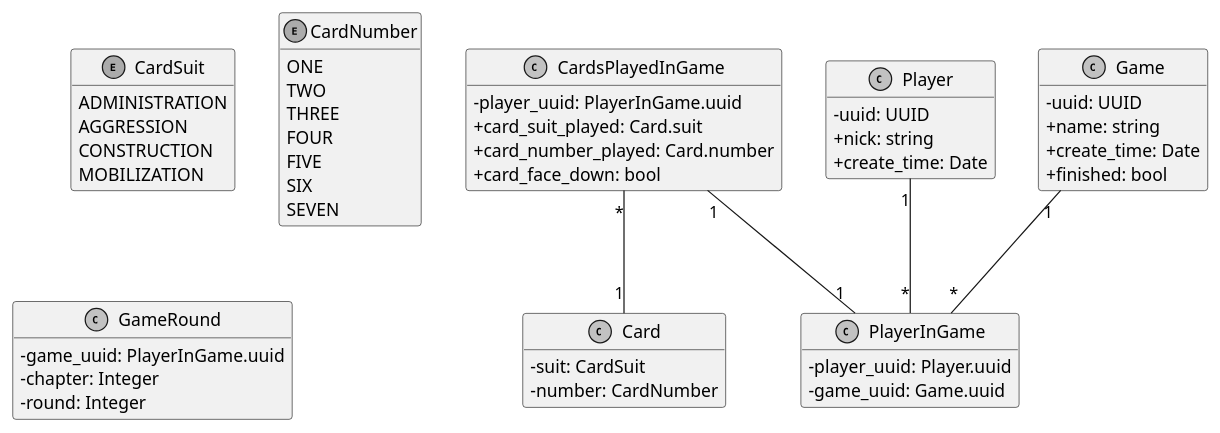
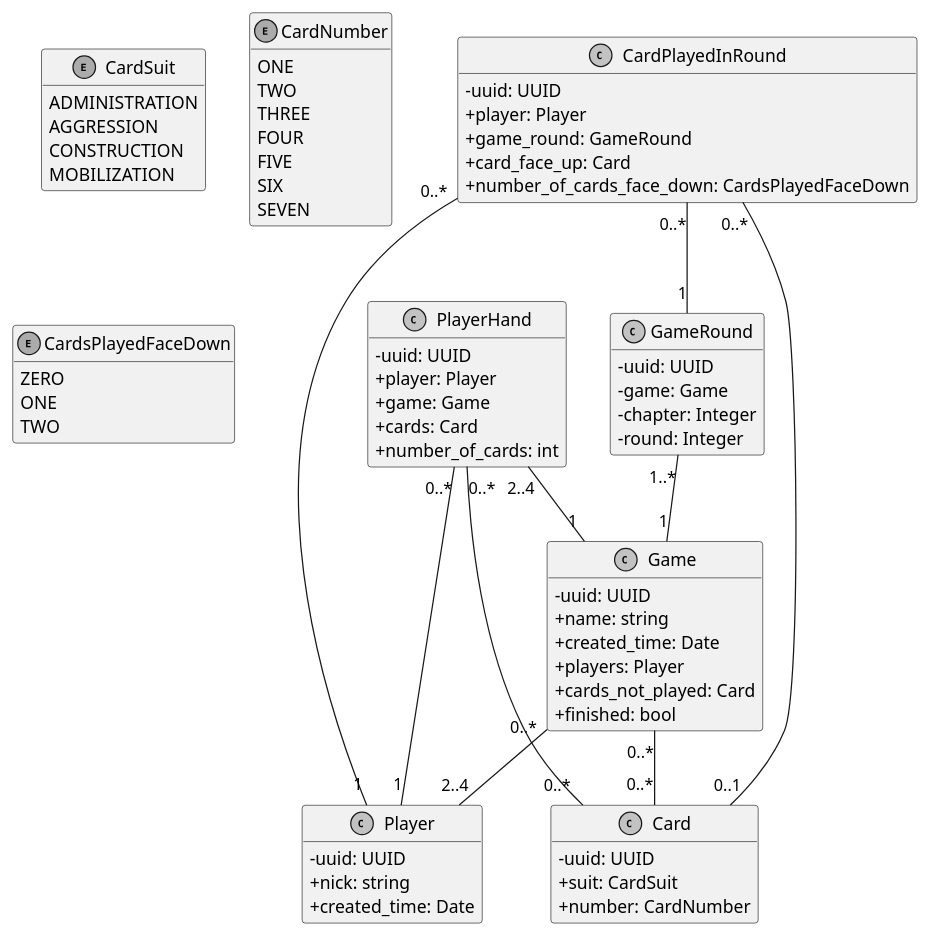
The diagram in docs/database_class_diagram.rst (dandon223/ArcTracker), drawn with PlantUML before and after one commit. The commit also changed 1 other file, not shown here.

Commit message:
class diagram update

```diff
--- a/docs/database_class_diagram.rst
+++ b/docs/database_class_diagram.rst
@@ -29,45 +29,67 @@
         SEVEN
       }
 
+      enum CardsPlayedFaceDown {
+        ZERO
+        ONE
+        TWO
+      }
+
       class Card {
-        - suit: CardSuit
-        - number: CardNumber
+        - uuid: UUID
+        + suit: CardSuit
+        + number: CardNumber
       }
 
       class Player {
         - uuid: UUID
         + nick: string
-        + create_time: Date
+        + created_time: Date
       }
 
       class Game {
         - uuid: UUID
         + name: string
-        + create_time: Date
+        + created_time: Date
+        + players: Player
+        + cards_not_played: Card
         + finished: bool
       }
 
-      class PlayerInGame {
-        - player_uuid: Player.uuid
-        - game_uuid: Game.uuid
-      }
-
-      Player "1" -- "*" PlayerInGame
-      Game "1" -- "*" PlayerInGame
+      Game "0..*" -- "2..4" Player
+      Game "0..*" -- "0..*" Card
 
       class GameRound {
-        - game_uuid: PlayerInGame.uuid
+        - uuid: UUID
+        - game: Game
         - chapter: Integer
         - round: Integer
       }
 
-      class CardsPlayedInGame {
-        - player_uuid: PlayerInGame.uuid
-        + card_suit_played: Card.suit
-        + card_number_played: Card.number
-        + card_face_down: bool
+      GameRound "1..*" -- "1" Game
+
+      class PlayerHand {
+        - uuid: UUID
+        + player: Player
+        + game: Game
+        + cards: Card
+        + number_of_cards: int
       }
 
-      CardsPlayedInGame "*" -- "1" Card
-      CardsPlayedInGame "1" -- "1" PlayerInGame
+      PlayerHand "0..*" -- "1" Player
+      PlayerHand "2..4" -- "1" Game
+      PlayerHand "0..*" -- "0..*" Card
+
+      class CardPlayedInRound {
+        - uuid: UUID
+        + player: Player
+        + game_round: GameRound
+        + card_face_up: Card
+        + number_of_cards_face_down: CardsPlayedFaceDown
+      }
+
+      CardPlayedInRound "0..*" -- "1" Player
+      CardPlayedInRound "0..*" -- "1" GameRound
+      CardPlayedInRound "0..*" -- "0..1" Card
+
       @enduml
```
